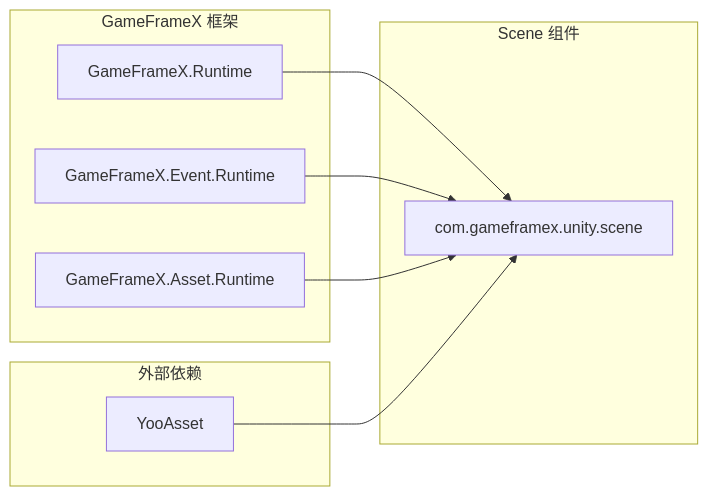
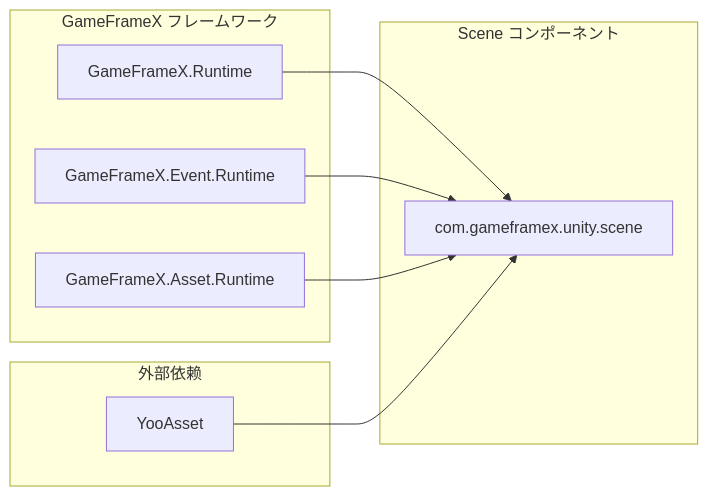
The first of 2 diagrams in docs/ja/client/unity/component/scene/02.installation.md (AlianBlank/GameFrameX.Docs), drawn with Mermaid before and after one commit. The commit also changed other lines of this file and 603 other files, not shown here.

````diff
--- a/docs/ja/client/unity/component/scene/02.installation.md
+++ b/docs/ja/client/unity/component/scene/02.installation.md
@@ -26,21 +26,21 @@
 ```mermaid
 flowchart LR
-    subgraph GameFrameX["GameFrameX 框架"]
+    subgraph GameFrameX["GameFrameX フレームワーク"]
         Core["GameFrameX.Runtime"]
         Event["GameFrameX.Event.Runtime"]
         Asset["GameFrameX.Asset.Runtime"]
     end
     
     subgraph External["外部依赖"]
         Yoo["YooAsset"]
     end
     
-    subgraph Scene["Scene 组件"]
+    subgraph Scene["Scene コンポーネント"]
         SceneComp["com.gameframex.unity.scene"]
     end
     
     Core --> SceneComp
     Event --> SceneComp
     Asset --> SceneComp
     Yoo --> SceneComp
 ```
````
